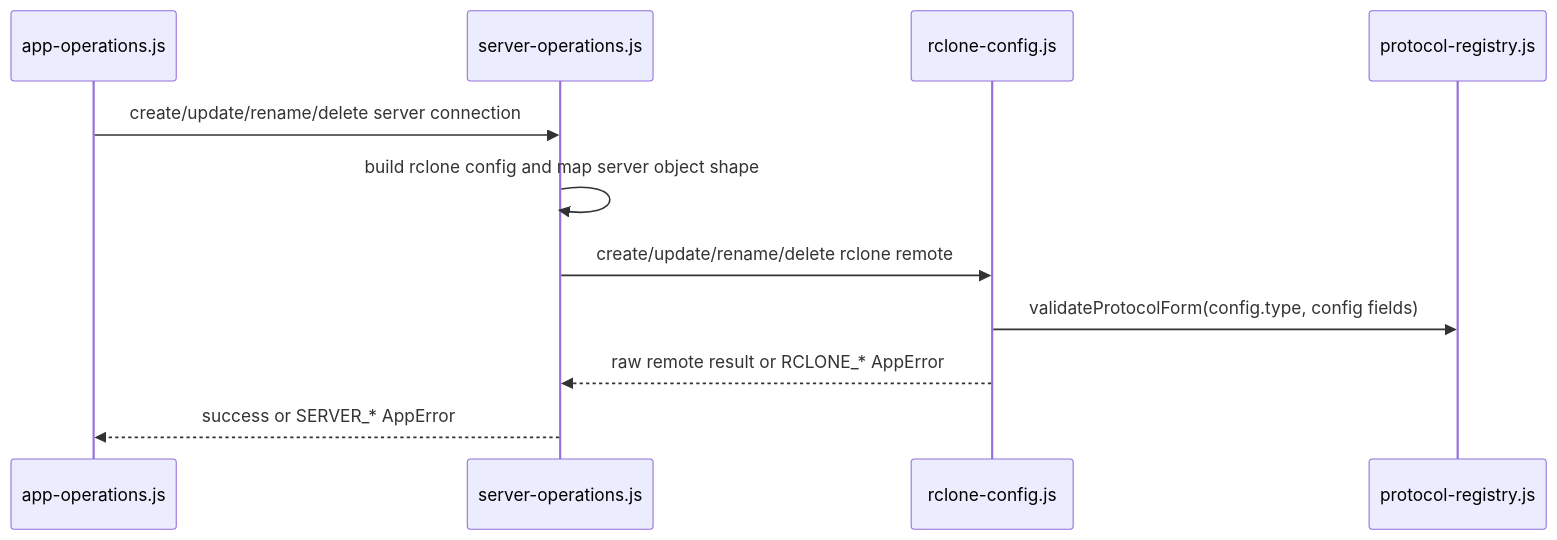
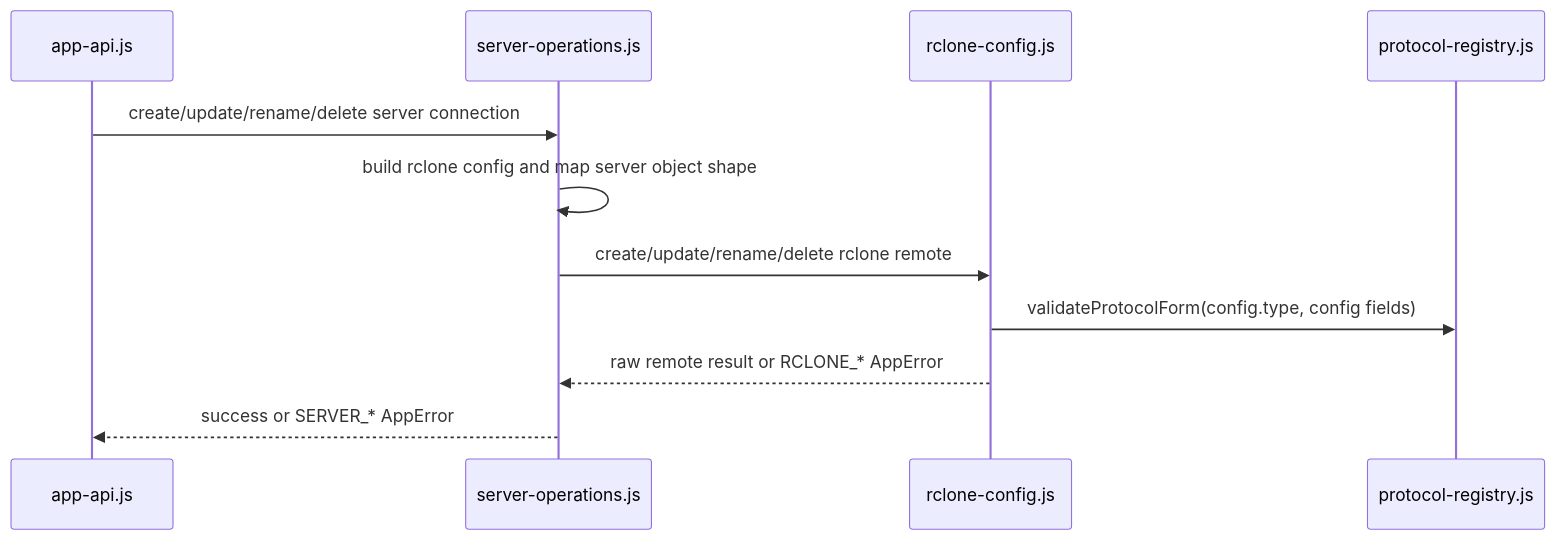
The third of 4 diagrams in docs/Architecture.md (agalloch21/sync-with-rclone), drawn with Mermaid before and after one commit. The commit also changed other lines of this file and 18 other files, not shown here.

````diff
--- a/docs/Architecture.md
+++ b/docs/Architecture.md
@@ -472,14 +472,14 @@
 ```mermaid
 sequenceDiagram
-  participant APP as app-operations.js
+  participant APP as app-api.js
   participant SO as server-operations.js
   participant RC as rclone-config.js
   participant PR as protocol-registry.js
 
   APP->>SO: create/update/rename/delete server connection
   SO->>SO: build rclone config and map server object shape
   SO->>RC: create/update/rename/delete rclone remote
   RC->>PR: validateProtocolForm(config.type, config fields)
   RC-->>SO: raw remote result or RCLONE_* AppError
   SO-->>APP: success or SERVER_* AppError
 ```
````
